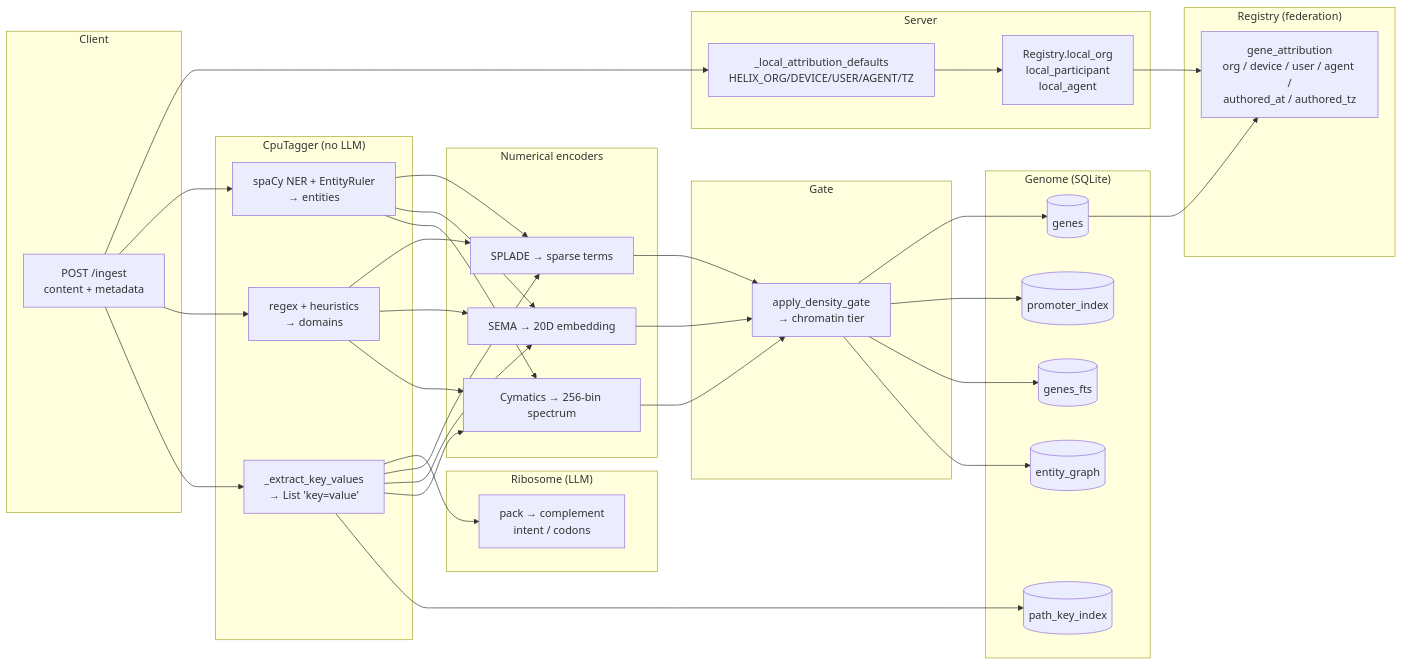
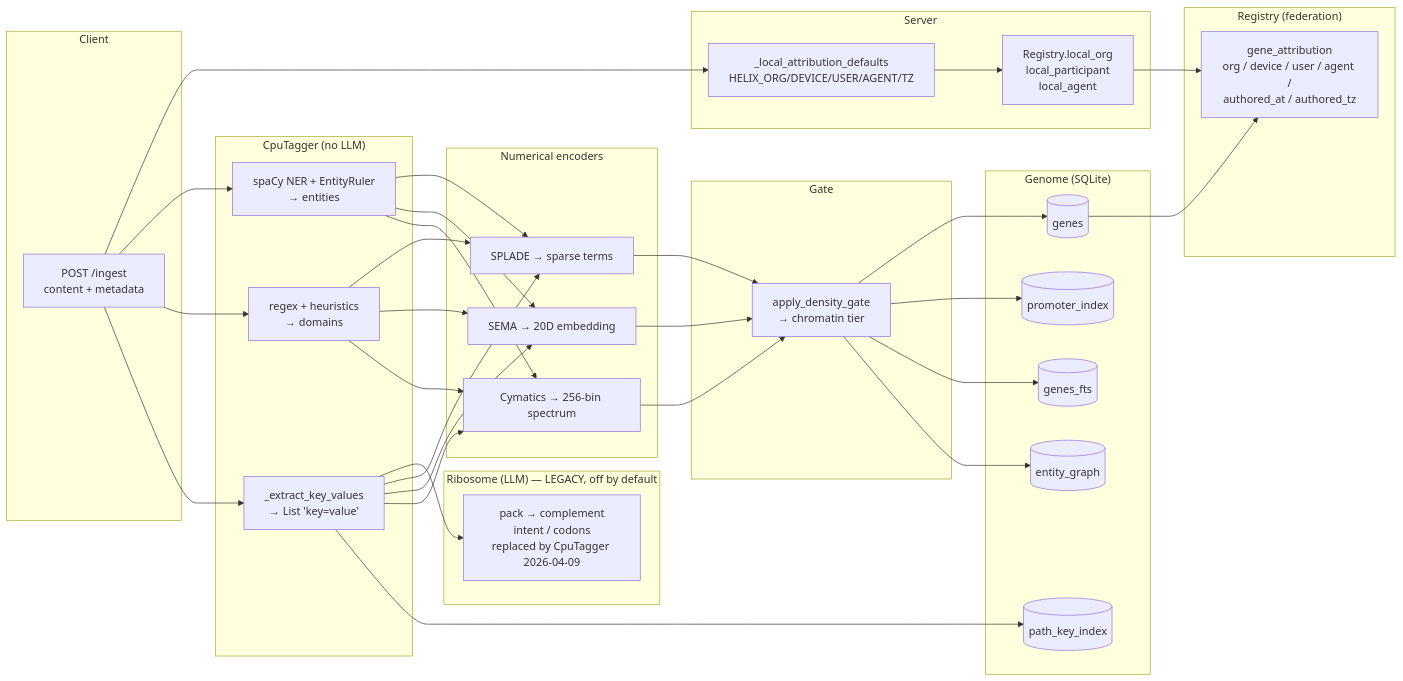
Before and after one commit to SwiftWing21/helix-context: the first of 2 diagrams in docs/PIPELINE_LANES.md, drawn with Mermaid. The commit also changed other lines of this file and 7 other files, not shown here.

````diff
--- a/docs/PIPELINE_LANES.md
+++ b/docs/PIPELINE_LANES.md
@@ -40,46 +98,46 @@
 ```mermaid
 flowchart LR
   subgraph Client
     CL[POST /ingest<br/>content + metadata]
   end
   subgraph Server
     R1[_local_attribution_defaults<br/>HELIX_ORG/DEVICE/USER/AGENT/TZ]
     R2[Registry.local_org<br/>local_participant<br/>local_agent]
   end
   subgraph Tagger["CpuTagger (no LLM)"]
     T1[spaCy NER + EntityRuler<br/>→ entities]
     T2[regex + heuristics<br/>→ domains]
     T3[_extract_key_values<br/>→ List 'key=value']
   end
-  subgraph Ribosome["Ribosome (LLM)"]
-    RB1[pack → complement<br/>intent / codons]
+  subgraph Ribosome["Ribosome (LLM) — LEGACY, off by default"]
+    RB1[pack → complement<br/>intent / codons<br/>replaced by CpuTagger 2026-04-09]
   end
   subgraph Encoders["Numerical encoders"]
     E1[SPLADE → sparse terms]
     E2[SEMA → 20D embedding]
     E3[Cymatics → 256-bin spectrum]
   end
   subgraph Gate
     G1[apply_density_gate<br/>→ chromatin tier]
   end
   subgraph Genome["Genome (SQLite)"]
     DB1[(genes)]
     DB2[(promoter_index)]
     DB3[(genes_fts)]
     DB4[(entity_graph)]
     DB5[(path_key_index)]
   end
   subgraph Registry["Registry (federation)"]
     AT[gene_attribution<br/>org / device / user / agent /<br/>authored_at / authored_tz]
   end
 
   CL --> R1 --> R2
   CL --> T1 & T2 & T3
   T3 --> RB1
   T1 & T2 & T3 --> E1 & E2 & E3
   E1 & E2 & E3 --> G1
   G1 --> DB1 & DB2 & DB3 & DB4
   T3 --> DB5
   R2 --> AT
   DB1 --> AT
 ```
````
